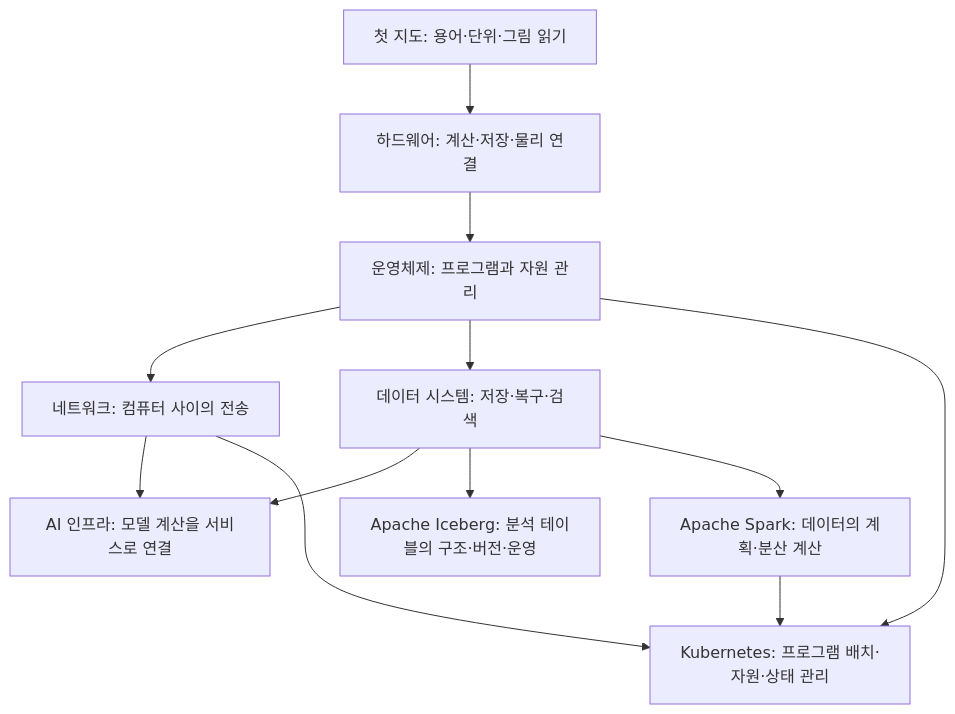
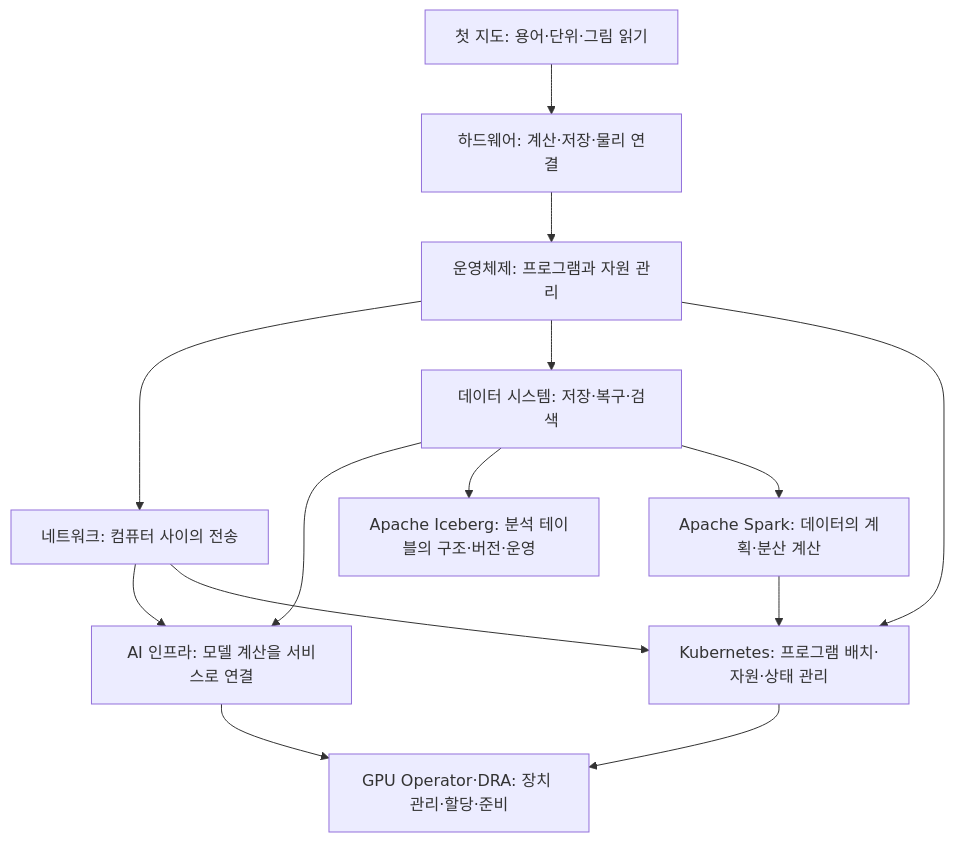
Before and after one commit to mj006648/netai-devsecops-runbook: the diagram in learning/README.md, drawn with Mermaid. The commit also changed other lines of this file and 32 other files, not shown here.

Commit message:
docs: GPU·DRA 교재 추가

````diff
--- a/learning/README.md
+++ b/learning/README.md
@@ -28,14 +29,16 @@
 ```mermaid
 flowchart TD
     Start["첫 지도: 용어·단위·그림 읽기"] --> Hardware["하드웨어: 계산·저장·물리 연결"]
     Hardware --> OS["운영체제: 프로그램과 자원 관리"]
     OS --> Network["네트워크: 컴퓨터 사이의 전송"]
     OS --> Data["데이터 시스템: 저장·복구·검색"]
     Network --> AI["AI 인프라: 모델 계산을 서비스로 연결"]
     Data --> AI
     Data --> Iceberg["Apache Iceberg: 분석 테이블의 구조·버전·운영"]
     Data --> Spark["Apache Spark: 데이터의 계획·분산 계산"]
     OS --> K8s["Kubernetes: 프로그램 배치·자원·상태 관리"]
     Network --> K8s
     Spark --> K8s
+    AI --> GPU["GPU Operator·DRA: 장치 관리·할당·준비"]
+    K8s --> GPU
 ```
````
